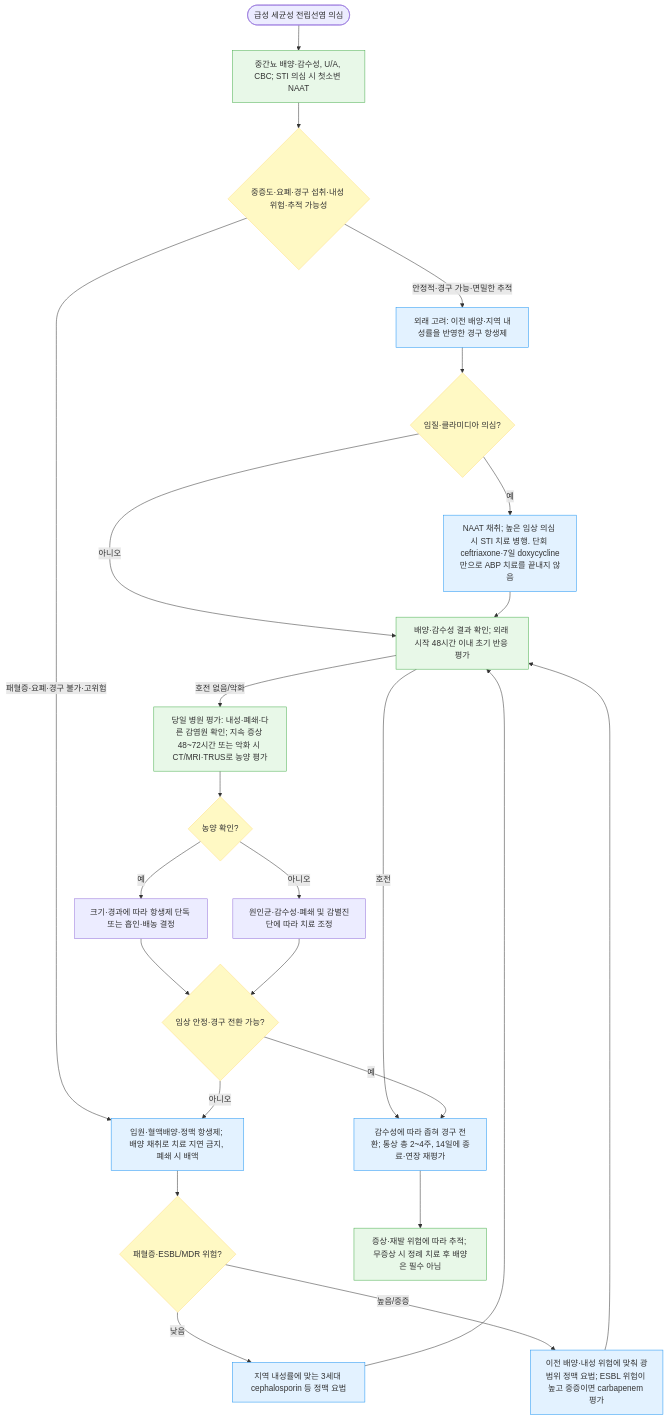
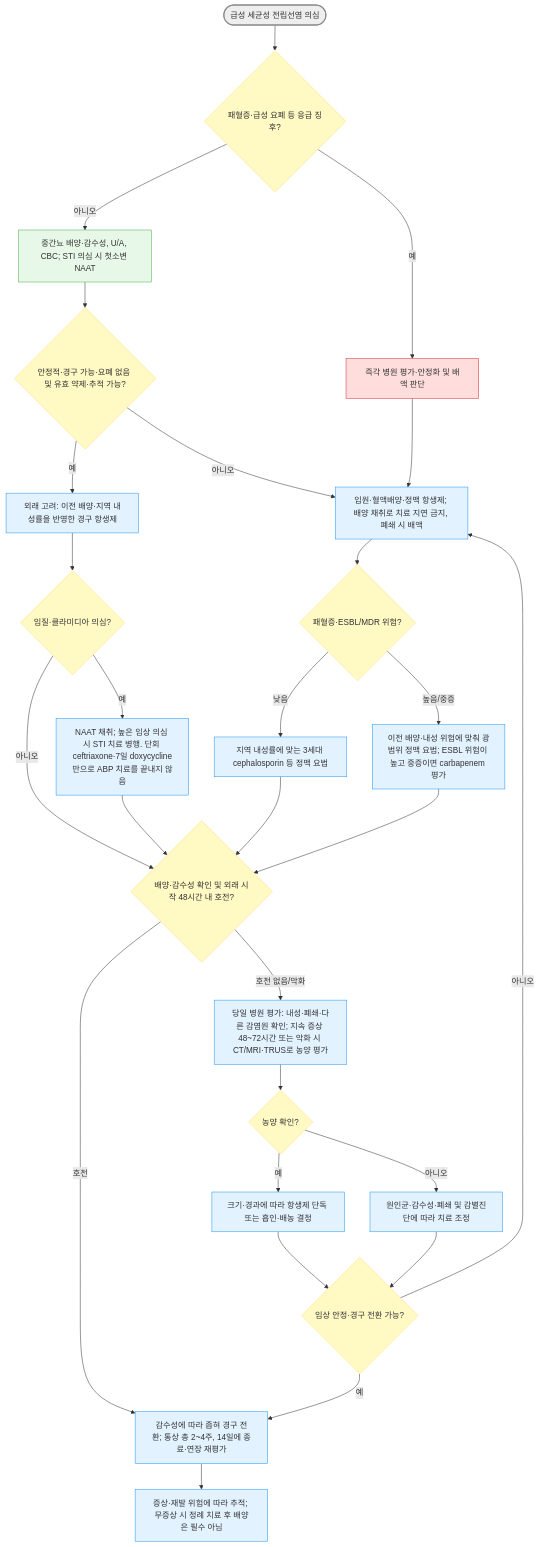
One commit to familyoh77/familyoh77 changed the first of 2 diagrams in 227_/120_-prostatitis.md. Above: the diagram before and after it, drawn with Mermaid. The commit also changed other lines of this file and 5 other files, not shown here.

````diff
--- a/227_/120_-prostatitis.md
+++ b/227_/120_-prostatitis.md
@@ -191,32 +191,40 @@
 ```mermaid
 graph TD
-    Start(["급성 세균성 전립선염 의심"]) --> Tests["중간뇨 배양·감수성, U/A, CBC; STI 의심 시 첫소변 NAAT"]
-    Tests --> Severity{"중증도·요폐·경구 섭취·내성 위험·추적 가능성"}
-    Severity -->|"안정적·경구 가능·면밀한 추적"| OPD["외래 고려: 이전 배양·지역 내성률을 반영한 경구 항생제"]
-    Severity -->|"패혈증·요폐·경구 불가·고위험"| IPD["입원·혈액배양·정맥 항생제; 배양 채취로 치료 지연 금지, 폐쇄 시 배액"]
+    Start(["급성 세균성 전립선염 의심"]) --> Emergency{"패혈증·급성 요폐 등 응급 징후?"}
+    Emergency -- "예" --> Rescue["즉각 병원 평가·안정화 및 배액 판단"]
+    Emergency -- "아니오" --> Tests["중간뇨 배양·감수성, U/A, CBC; STI 의심 시 첫소변 NAAT"]
+    Tests --> Severity{"안정적·경구 가능·요폐 없음 및 유효 약제·추적 가능?"}
+    Severity -- "예" --> OPD["외래 고려: 이전 배양·지역 내성률을 반영한 경구 항생제"]
+    Severity -- "아니오" --> IPD["입원·혈액배양·정맥 항생제; 배양 채취로 치료 지연 금지, 폐쇄 시 배액"]
     OPD --> STI{"임질·클라미디아 의심?"}
-    STI -->|"예"| AddSTI["NAAT 채취; 높은 임상 의심 시 STI 치료 병행. 단회 ceftriaxone·7일 doxycycline만으로 ABP 치료를 끝내지 않음"]
-    STI -->|"아니오"| Review["배양·감수성 결과 확인; 외래 시작 48시간 이내 초기 반응 평가"]
+    STI -- "예" --> AddSTI["NAAT 채취; 높은 임상 의심 시 STI 치료 병행. 단회 ceftriaxone·7일 doxycycline만으로 ABP 치료를 끝내지 않음"]
+    STI -- "아니오" --> Review{"배양·감수성 확인 및 외래 시작 48시간 내 호전?"}
     AddSTI --> Review
     IPD --> Risk{"패혈증·ESBL/MDR 위험?"}
-    Risk -->|"낮음"| IV["지역 내성률에 맞는 3세대 cephalosporin 등 정맥 요법"]
-    Risk -->|"높음/중증"| Broad["이전 배양·내성 위험에 맞춰 광범위 정맥 요법; ESBL 위험이 높고 중증이면 carbapenem 평가"]
+    Risk -- "낮음" --> IV["지역 내성률에 맞는 3세대 cephalosporin 등 정맥 요법"]
+    Risk -- "높음/중증" --> Broad["이전 배양·내성 위험에 맞춰 광범위 정맥 요법; ESBL 위험이 높고 중증이면 carbapenem 평가"]
     IV --> Review
     Broad --> Review
-    Review -->|"호전"| Step["감수성에 따라 좁혀 경구 전환; 통상 총 2~4주, 14일에 종료·연장 재평가"]
-    Review -->|"호전 없음/악화"| Image["당일 병원 평가: 내성·폐쇄·다른 감염원 확인; 지속 증상 48~72시간 또는 악화 시 CT/MRI·TRUS로 농양 평가"]
+    Review -- "호전" --> Step["감수성에 따라 좁혀 경구 전환; 통상 총 2~4주, 14일에 종료·연장 재평가"]
+    Review -- "호전 없음/악화" --> Image["당일 병원 평가: 내성·폐쇄·다른 감염원 확인; 지속 증상 48~72시간 또는 악화 시 CT/MRI·TRUS로 농양 평가"]
     Image --> Abs{"농양 확인?"}
-    Abs -->|"예"| Drain["크기·경과에 따라 항생제 단독 또는 흡인·배농 결정"]
-    Abs -->|"아니오"| Revise["원인균·감수성·폐쇄 및 감별진단에 따라 치료 조정"]
+    Abs -- "예" --> Drain["크기·경과에 따라 항생제 단독 또는 흡인·배농 결정"]
+    Abs -- "아니오" --> Revise["원인균·감수성·폐쇄 및 감별진단에 따라 치료 조정"]
     Drain --> Stable{"임상 안정·경구 전환 가능?"}
     Revise --> Stable
-    Stable -->|"예"| Step
-    Stable -->|"아니오"| IPD
+    Stable -- "예" --> Step
+    Stable -- "아니오" --> IPD
     Step --> Follow["증상·재발 위험에 따라 추적; 무증상 시 정례 치료 후 배양은 필수 아님"]
     classDef decision fill:#fff9c4,stroke:#ffe082
-    class Severity,STI,Risk,Abs,Stable decision
+    class Severity,STI,Risk,Abs,Stable,Review decision
     classDef treatment fill:#e3f2ff,stroke:#2196f3
-    class OPD,IPD,IV,Broad,AddSTI,Step treatment
+    class OPD,IV,Broad,AddSTI,Step,Drain,Revise,Follow,Image treatment
+    classDef emergency fill:#ffdddd,stroke:#d32f2f
+    class Rescue emergency
+    class IPD treatment
+    class Emergency decision
+    style Start fill:#eeeeee,stroke:#888888,stroke-width:2px
     classDef evaluation fill:#e8f8e8,stroke:#4caf50
-    class Tests,Review,Image,Follow evaluation
+    class Tests evaluation
+    Rescue --> IPD
 ```
````
